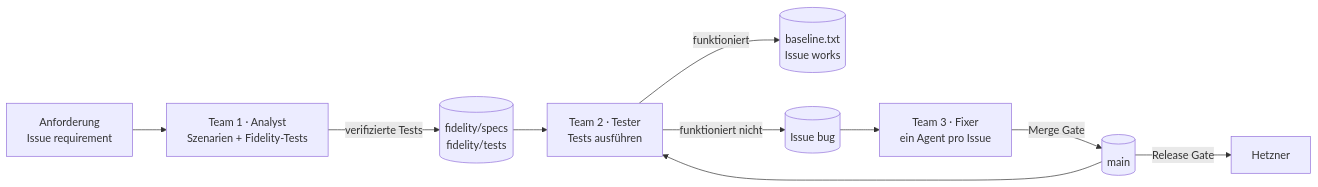
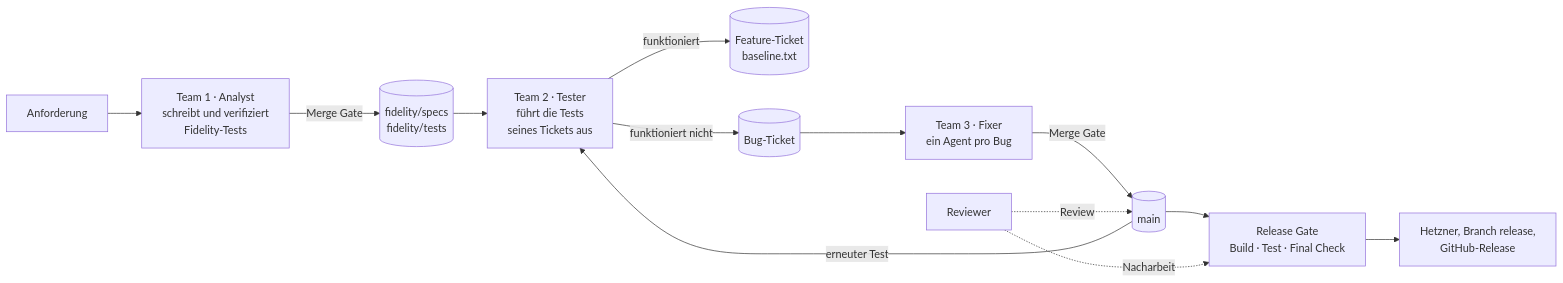
Before and after one commit to MarvinJakob/KIPerspektiven: the diagram in AGENTS.md, drawn with Mermaid. The commit also changed other lines of this file and 18 other files, not shown here.

````diff
--- a/AGENTS.md
+++ b/AGENTS.md
@@ -7,12 +7,15 @@
 ```mermaid
 flowchart LR
-    R[Anforderung<br/>Issue requirement] --> T1[Team 1 · Analyst<br/>Szenarien + Fidelity-Tests]
-    T1 -- verifizierte Tests --> B[(fidelity/specs<br/>fidelity/tests)]
-    B --> T2[Team 2 · Tester<br/>Tests ausführen]
-    T2 -- funktioniert --> W[(baseline.txt<br/>Issue works)]
-    T2 -- funktioniert nicht --> BUG[(Issue bug)]
-    BUG --> T3[Team 3 · Fixer<br/>ein Agent pro Issue]
+    R[Anforderung] --> T1[Team 1 · Analyst<br/>schreibt und verifiziert<br/>Fidelity-Tests]
+    T1 -- Merge Gate --> B[(fidelity/specs<br/>fidelity/tests)]
+    B --> T2[Team 2 · Tester<br/>führt die Tests<br/>seines Tickets aus]
+    T2 -- funktioniert --> W[(Feature-Ticket<br/>baseline.txt)]
+    T2 -- funktioniert nicht --> BUG[(Bug-Ticket)]
+    BUG --> T3[Team 3 · Fixer<br/>ein Agent pro Bug]
     T3 -- Merge Gate --> C[(main)]
-    C --> T2
-    C -- Release Gate --> P[Hetzner]
+    C -- erneuter Test --> T2
+    C --> RG[Release Gate<br/>Build · Test · Final Check]
+    RG --> P[Hetzner, Branch release,<br/>GitHub-Release]
+    RV[Reviewer] -. Review .-> C
+    RV -. Nacharbeit .-> RG
 ```
````
